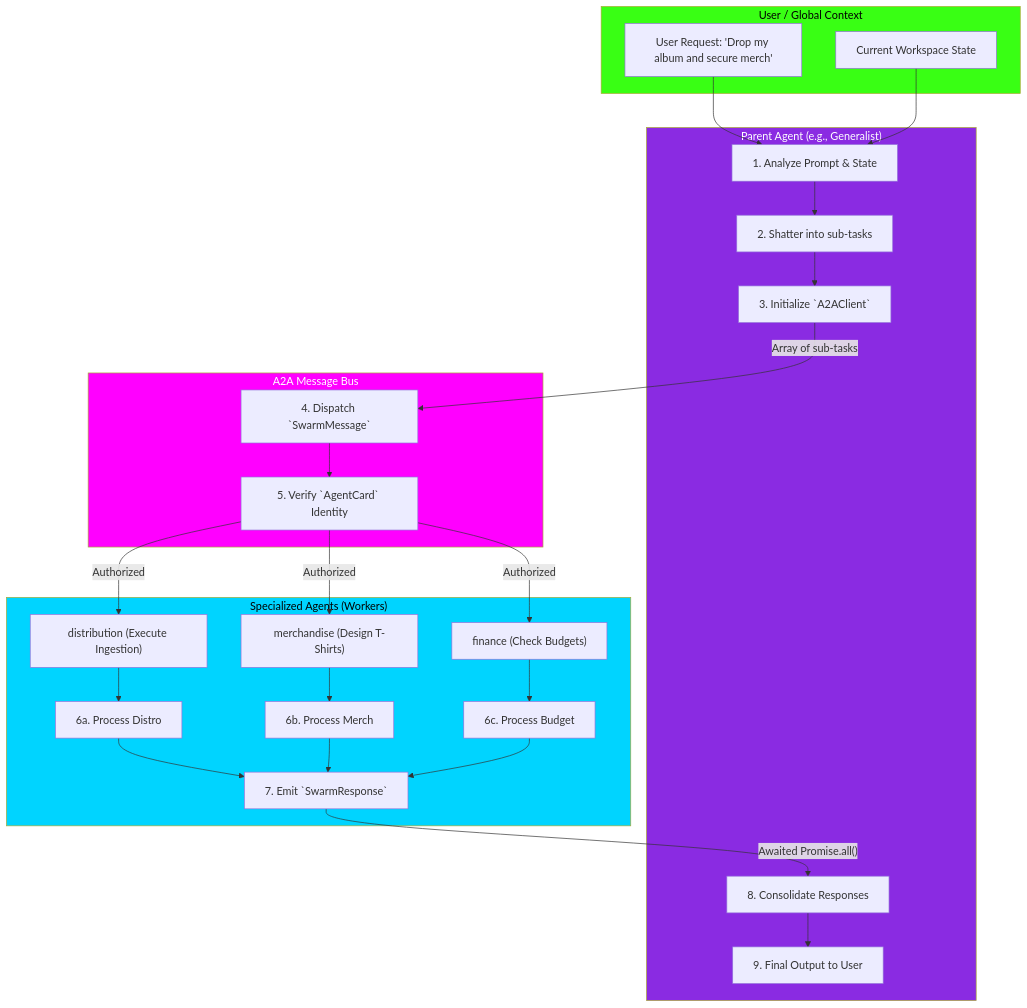
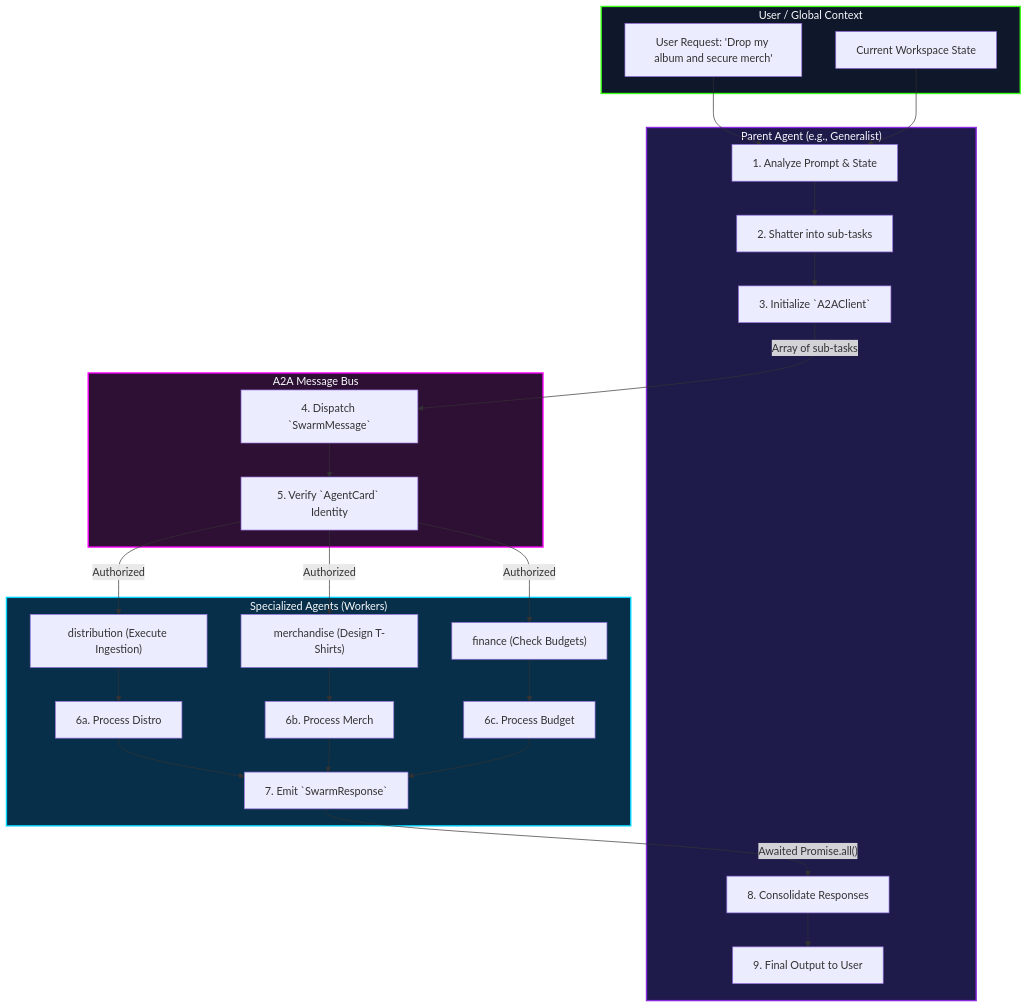
One commit to indii-music-founder/indii-music-founder changed the diagram in docs/flowcharts/a2a-swarm-communication-protocol.md. Above: the diagram before and after it, drawn with Mermaid. The commit also changed 4 other files, not shown here.

Commit message:
docs: beautify flowcharts and update client device routing boundaries

````diff
--- a/docs/flowcharts/a2a-swarm-communication-protocol.md
+++ b/docs/flowcharts/a2a-swarm-communication-protocol.md
@@ -5,60 +5,60 @@
 ```mermaid
 graph TD
     %% Setup
     subgraph UserContext ["User / Global Context"]
         Prompt["User Request: 'Drop my album and secure merch'"]
         State["Current Workspace State"]
     end
 
     %% Parent Agent
     subgraph Parent ["Parent Agent (e.g., Generalist)"]
         Analyze["1. Analyze Prompt & State"]
         Shatter["2. Shatter into sub-tasks"]
         A2AClient["3. Initialize `A2AClient`"]
         Consolidate["8. Consolidate Responses"]
         Reply["9. Final Output to User"]
     end
 
     %% Message Transport
     subgraph Transport ["A2A Message Bus"]
         Dispatch["4. Dispatch `SwarmMessage`"]
         Auth["5. Verify `AgentCard` Identity"]
     end
 
     %% Child Agents (Parallel Execution)
     subgraph Children ["Specialized Agents (Workers)"]
         Distro["distribution (Execute Ingestion)"]
         Merch["merchandise (Design T-Shirts)"]
         Finance["finance (Check Budgets)"]
         
         Distro_Work["6a. Process Distro"]
         Merch_Work["6b. Process Merch"]
         Finance_Work["6c. Process Budget"]
         
         Distro_Work & Merch_Work & Finance_Work --> Return["7. Emit `SwarmResponse`"]
     end
 
     %% Flow
     Prompt & State --> Analyze
     Analyze --> Shatter
     Shatter --> A2AClient
     
     A2AClient -->|"Array of sub-tasks"| Dispatch
     Dispatch --> Auth
     Auth -->|"Authorized"| Distro
     Auth -->|"Authorized"| Merch
     Auth -->|"Authorized"| Finance
     
     Distro --> Distro_Work
     Merch --> Merch_Work
     Finance --> Finance_Work
     
     Return -->|"Awaited Promise.all()"| Consolidate
     Consolidate --> Reply
 
     %% Styling
-    style UserContext fill:#39FF14,color:#000
-    style Parent fill:#8A2BE2,color:#FFF
-    style Transport fill:#FF00FF,color:#FFF
-    style Children fill:#00D4FF,color:#000
+    style UserContext fill:#0F172A,stroke:#39FF14,stroke-width:2px,color:#F8FAFC
+    style Parent fill:#1E1B4B,stroke:#8A2BE2,stroke-width:2px,color:#F8FAFC
+    style Transport fill:#2E1035,stroke:#FF00FF,stroke-width:2px,color:#F8FAFC
+    style Children fill:#082F49,stroke:#00D4FF,stroke-width:2px,color:#F8FAFC
 ```
````
